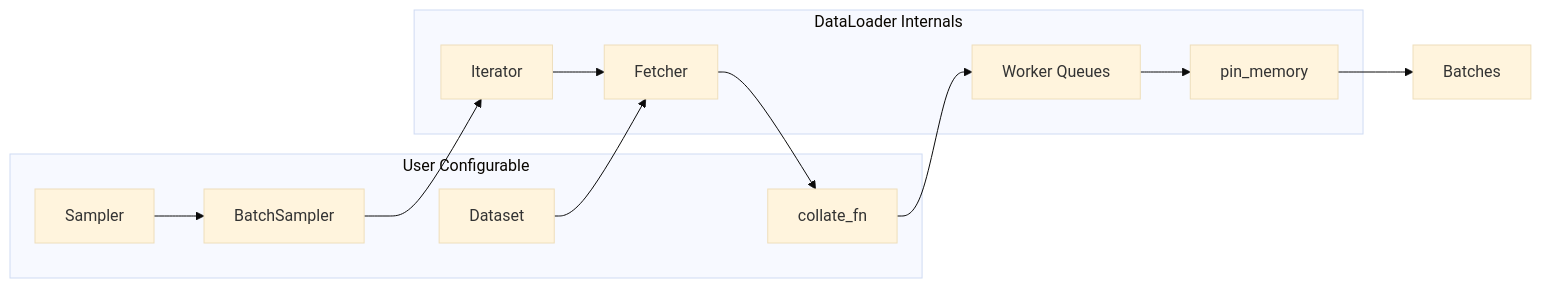
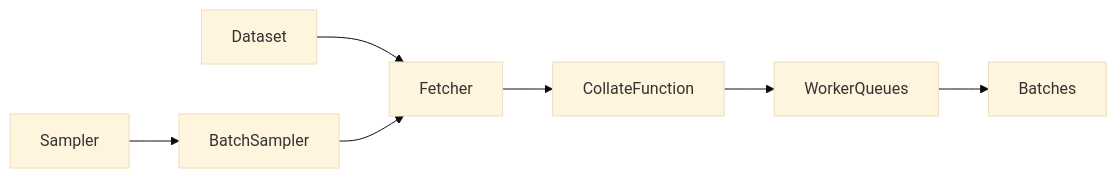
One commit to galtay/learn-torch-dataloaders changed the first of 5 diagrams in docs/architecture.md. Above: the diagram before and after it, drawn with Mermaid (base theme). The commit also changed other lines of this file, not shown here.

First line of the commit message:
Simplify and improve architecture diagrams

````diff
--- a/docs/architecture.md
+++ b/docs/architecture.md
@@ -11,25 +9,9 @@
 ```mermaid
 graph LR
-    subgraph User Configurable
-        DS[Dataset]
-        S[Sampler]
-        BS[BatchSampler]
-        CF[collate_fn]
-    end
-
-    subgraph DataLoader Internals
-        IT[Iterator]
-        F[Fetcher]
-        Q[Worker Queues]
-        PM[pin_memory]
-    end
-
-    DS --> F
-    S --> BS
-    BS --> IT
-    IT --> F
-    F --> CF
-    CF --> Q
-    Q --> PM
-    PM --> OUT[Batches]
+    DS["Dataset"] --> F["Fetcher"]
+    S["Sampler"] --> BS["BatchSampler"]
+    BS --> F
+    F --> CF["CollateFunction"]
+    CF --> WQ["WorkerQueues"]
+    WQ --> OUT["Batches"]
 ```
````
